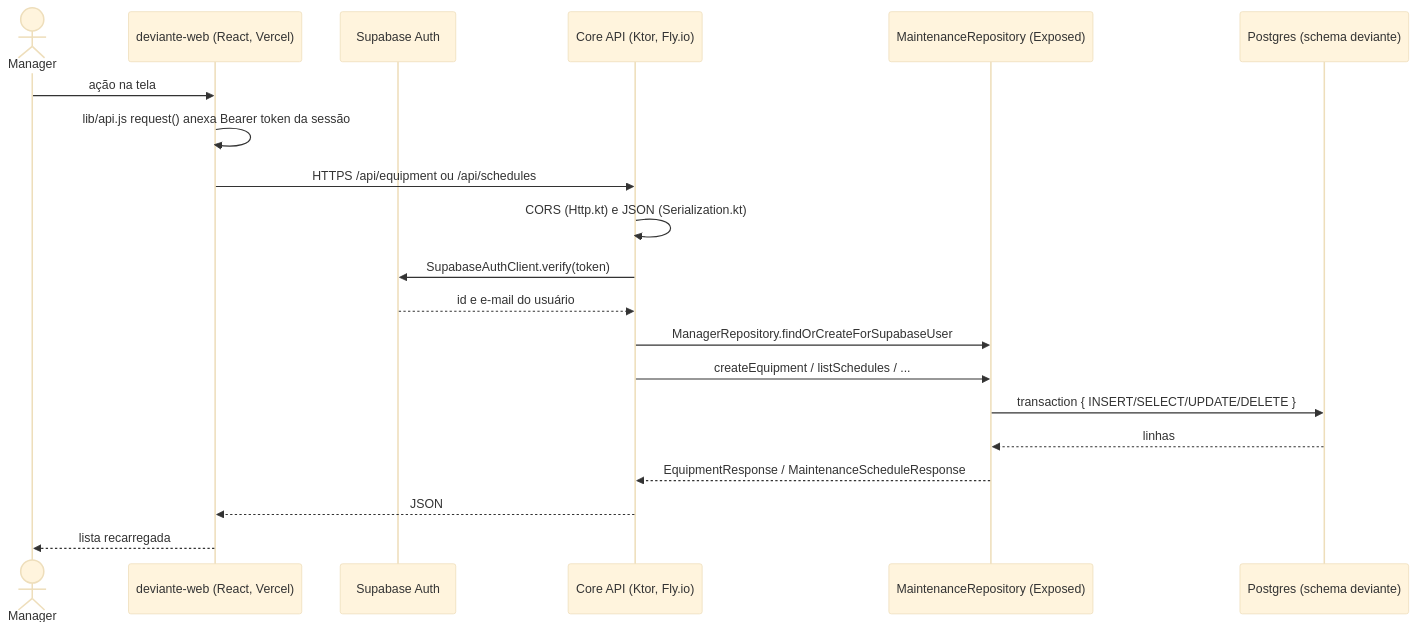
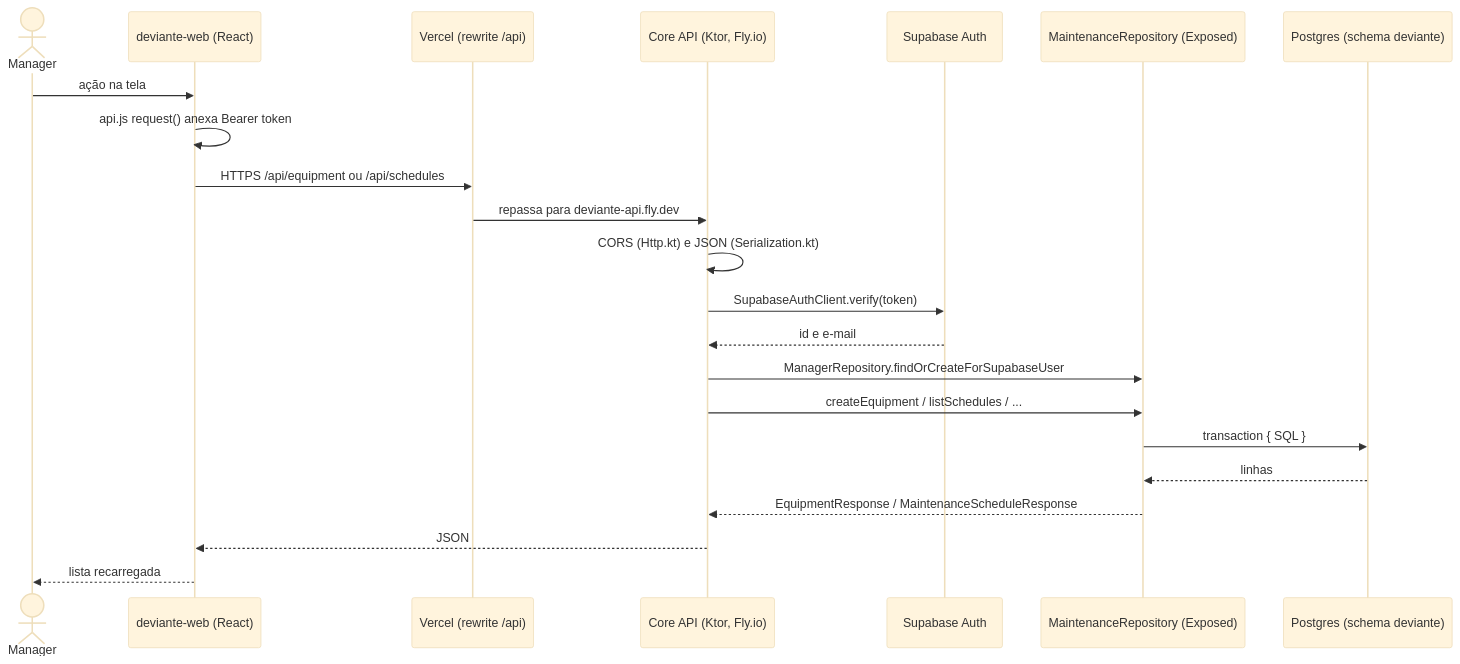
Before and after one commit to aland3r/deviante-docs: the diagram in Desenvolvimento Orientado a Reuso/defesa/roteiro-emanuelle.md, drawn with Mermaid (base theme). The commit also changed other lines of this file and 2 other files, not shown here.

````diff
--- a/Desenvolvimento Orientado a Reuso/defesa/roteiro-emanuelle.md
+++ b/Desenvolvimento Orientado a Reuso/defesa/roteiro-emanuelle.md
@@ -9,22 +46,24 @@
 ```mermaid
 sequenceDiagram
     actor M as Manager
-    participant W as deviante-web (React, Vercel)
+    participant W as deviante-web (React)
+    participant V as Vercel (rewrite /api)
+    participant C as Core API (Ktor, Fly.io)
     participant A as Supabase Auth
-    participant C as Core API (Ktor, Fly.io)
     participant R as MaintenanceRepository (Exposed)
     participant DB as Postgres (schema deviante)
     M->>W: ação na tela
-    W->>W: lib/api.js request() anexa Bearer token da sessão
-    W->>C: HTTPS /api/equipment ou /api/schedules
+    W->>W: api.js request() anexa Bearer token
+    W->>V: HTTPS /api/equipment ou /api/schedules
+    V->>C: repassa para deviante-api.fly.dev
     C->>C: CORS (Http.kt) e JSON (Serialization.kt)
     C->>A: SupabaseAuthClient.verify(token)
-    A-->>C: id e e-mail do usuário
+    A-->>C: id e e-mail
     C->>R: ManagerRepository.findOrCreateForSupabaseUser
     C->>R: createEquipment / listSchedules / ...
-    R->>DB: transaction { INSERT/SELECT/UPDATE/DELETE }
+    R->>DB: transaction { SQL }
     DB-->>R: linhas
     R-->>C: EquipmentResponse / MaintenanceScheduleResponse
     C-->>W: JSON
     W-->>M: lista recarregada
 ```
````
